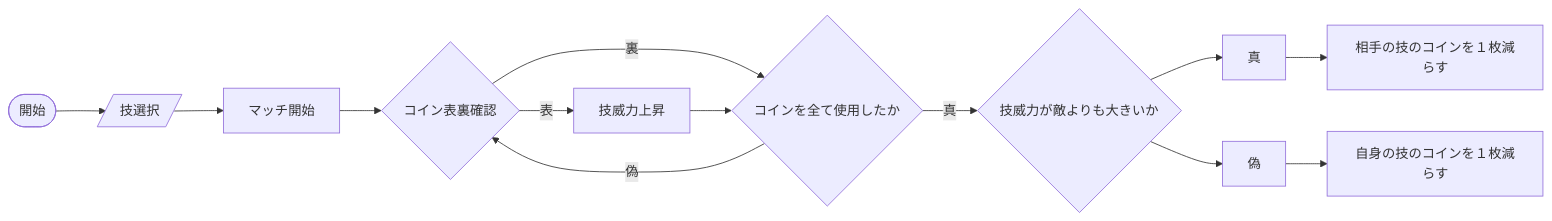
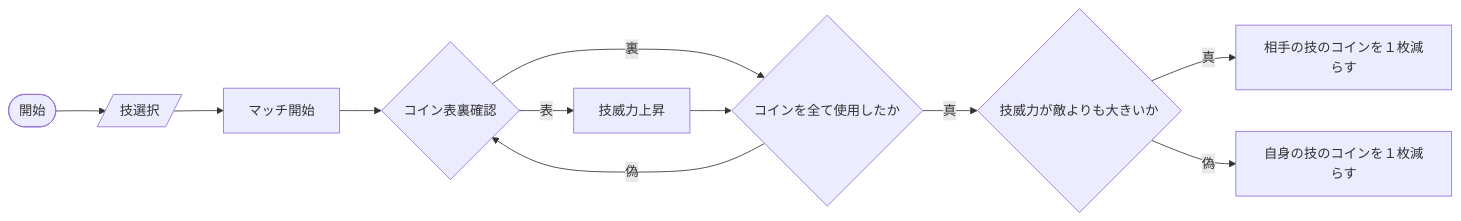
The first of 3 diagrams in README.md (tpu-game-2023/mermaid_test), drawn with Mermaid before and after one commit.

Commit message:
見取り図バグ修正

````diff
--- a/README.md
+++ b/README.md
@@ -20,15 +20,15 @@
 ```mermaid
 flowchart LR;
    A([開始]) --> B[/技選択/];
    B --> C[マッチ開始];
    C --> D{コイン表裏確認};
    D --表-->E[技威力上昇];
    D --裏--> F{コインを全て使用したか};
    E-->F;
    F--真-->G{技威力が敵よりも大きいか};
    F--偽-->D;
-   G-->真-->H[相手の技のコインを１枚減らす];
-   G-->偽-->I[自身の技のコインを１枚減らす];
+   G--真-->H[相手の技のコインを１枚減らす];
+   G--偽-->I[自身の技のコインを１枚減らす];
    
    
 ```
````
